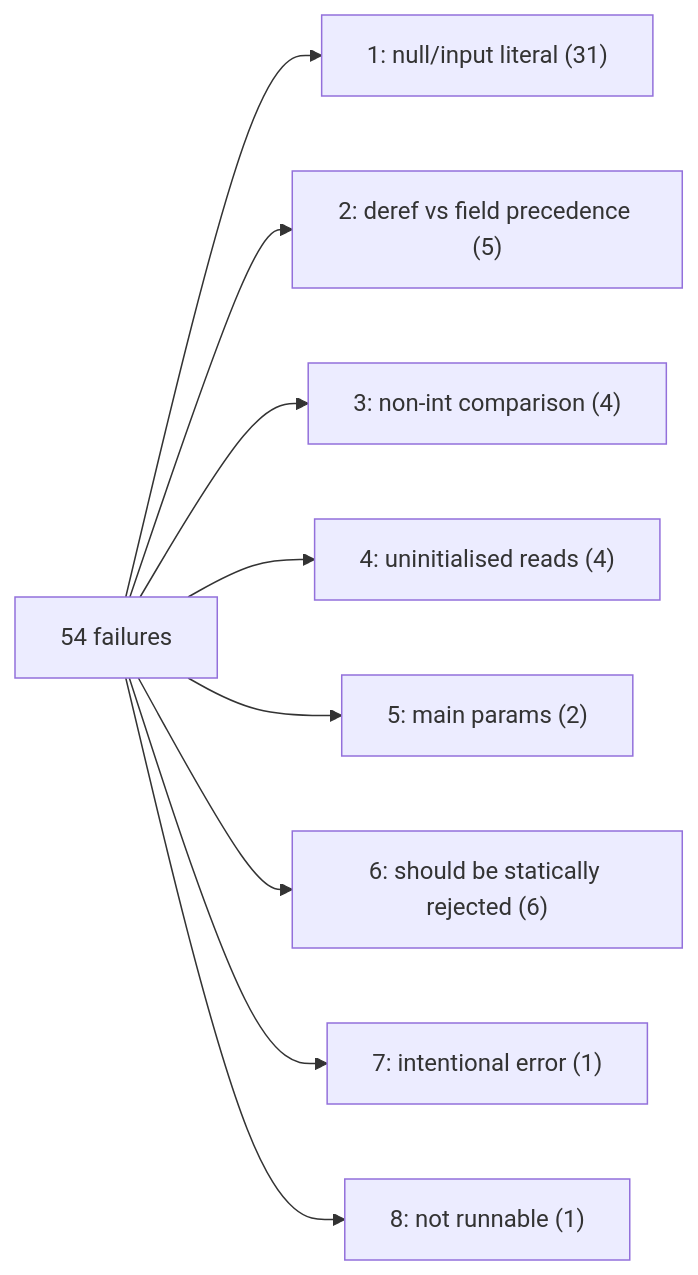
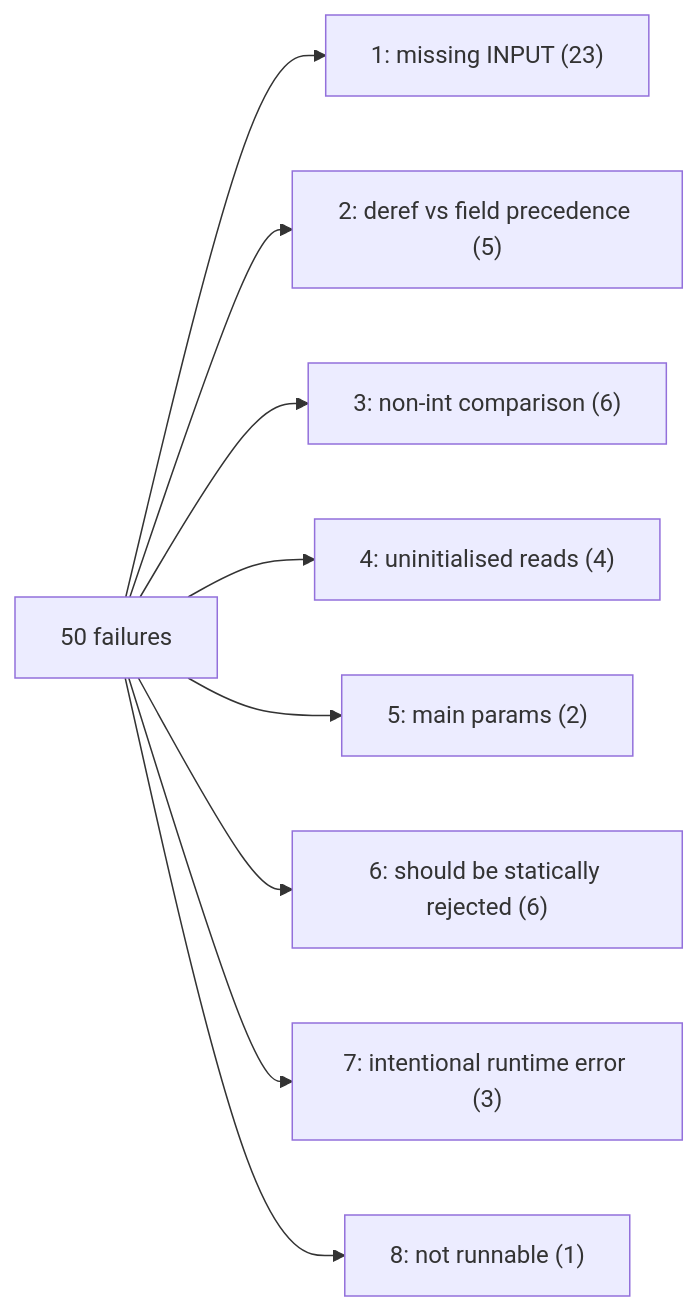
The diagram in TEST_FAILURES.md (jumbatm/tip-hs), drawn with Mermaid before and after one commit. The commit also changed other lines of this file, not shown here.

Commit message:
Update TEST_FAILURES.md for 2026-10-20 baseline

````diff
--- a/TEST_FAILURES.md
+++ b/TEST_FAILURES.md
@@ -25,11 +28,11 @@
 ```mermaid
 flowchart LR
-  F["54 failures"] --> B1["1: null/input literal (31)"]
+  F["50 failures"] --> B1["1: missing INPUT (23)"]
   F --> B2["2: deref vs field precedence (5)"]
-  F --> B3["3: non-int comparison (4)"]
+  F --> B3["3: non-int comparison (6)"]
   F --> B4["4: uninitialised reads (4)"]
   F --> B5["5: main params (2)"]
   F --> B6["6: should be statically rejected (6)"]
-  F --> B7["7: intentional error (1)"]
+  F --> B7["7: intentional runtime error (3)"]
   F --> B8["8: not runnable (1)"]
 ```
````
